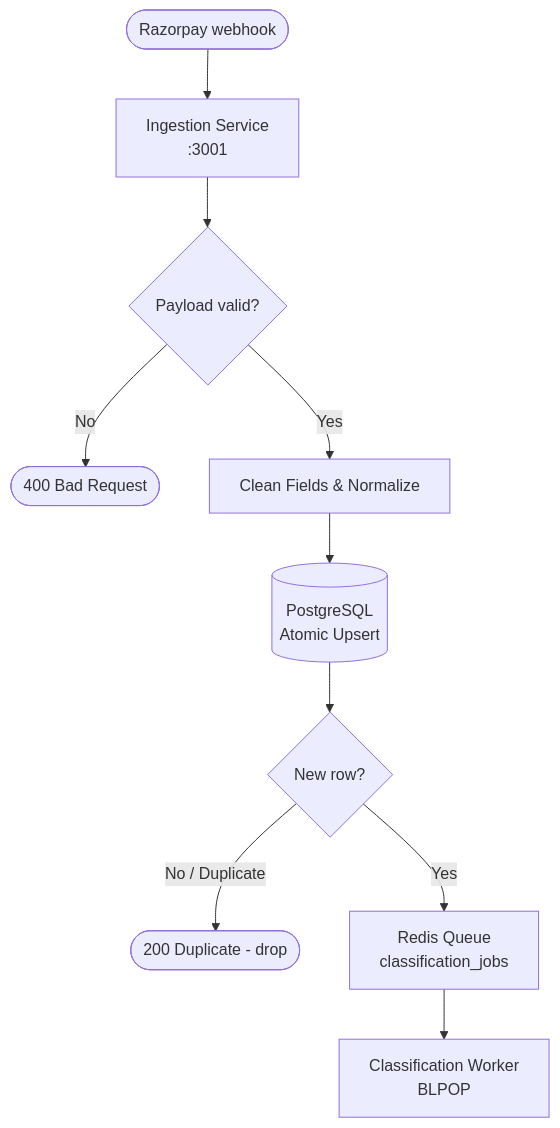
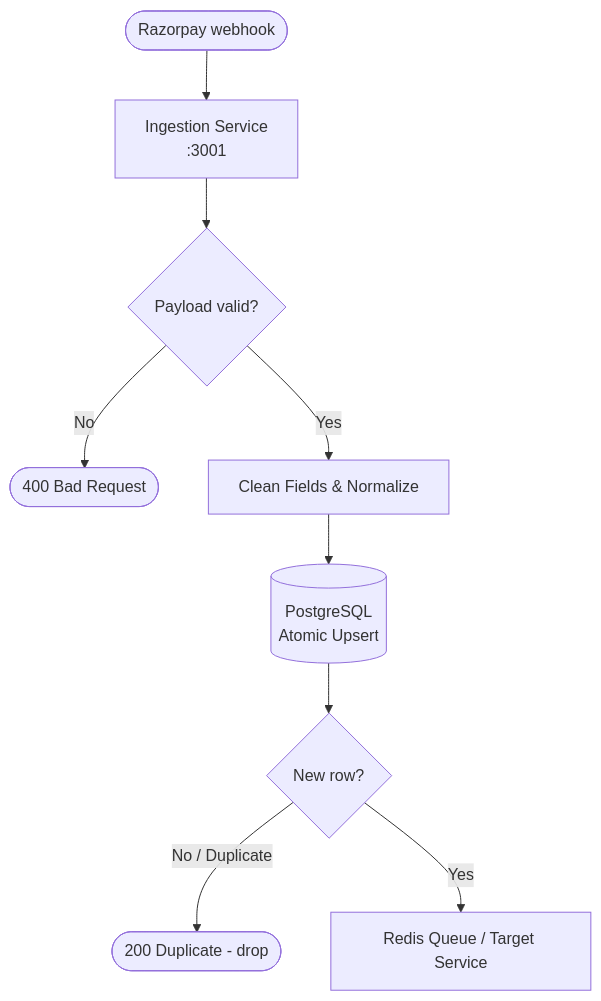
The first of 2 diagrams in docs/architecture/flow-diagrams/data-pipeline.md (Dustu103/Razorpay), drawn with Mermaid before and after one commit. The commit also changed other lines of this file and 48 other files, not shown here.

````diff
--- a/docs/architecture/flow-diagrams/data-pipeline.md
+++ b/docs/architecture/flow-diagrams/data-pipeline.md
@@ -11,12 +11,11 @@
 ```mermaid
 flowchart TD
     A([Razorpay webhook]) --> B[Ingestion Service\n:3001]
     B --> C{Payload valid?}
     C -- No --> D([400 Bad Request])
     C -- Yes --> E[Clean Fields & Normalize]
     E --> F[(PostgreSQL\nAtomic Upsert)]
     F --> G{New row?}
     G -- No / Duplicate --> H([200 Duplicate - drop])
-    G -- Yes --> I[Redis Queue\nclassification_jobs]
-    I --> J[Classification Worker\nBLPOP]
+    G -- Yes --> I[Redis Queue / Target Service]
 ```
````
